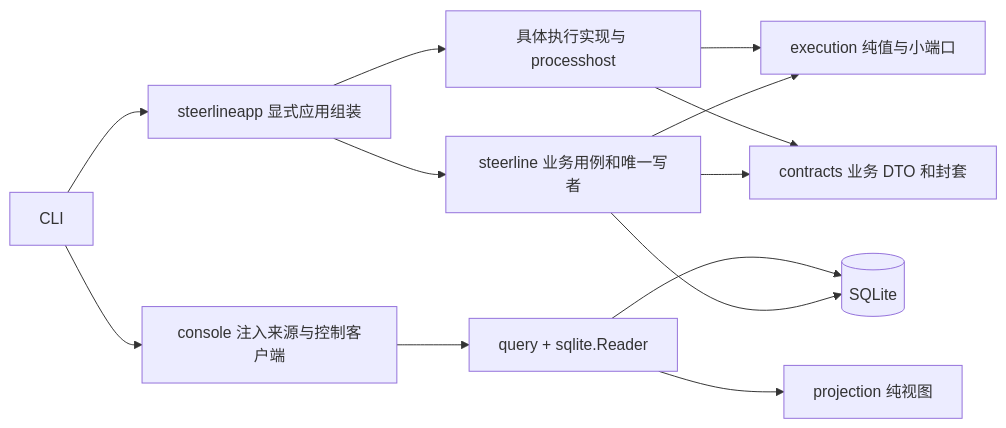
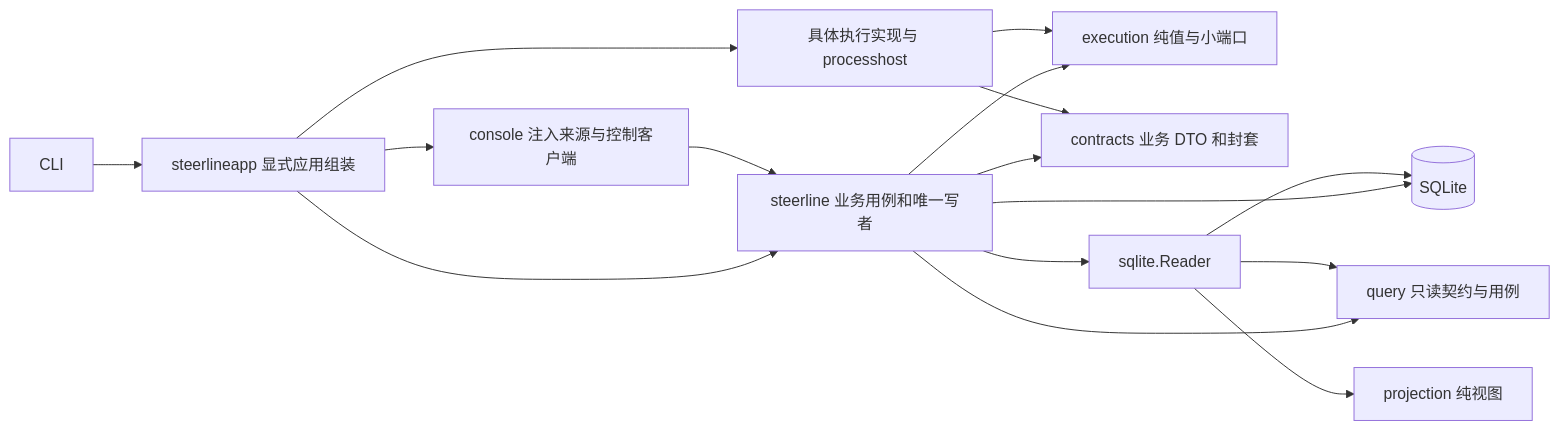
Before and after one commit to erranliu/SteerLine: the first of 2 diagrams in docs/architecture/current-code-architecture.md, drawn with Mermaid. The commit also changed other lines of this file and 3 other files, not shown here.

Commit message:
docs: correct reviewed architecture and record CM68 verification

````diff
--- a/docs/architecture/current-code-architecture.md
+++ b/docs/architecture/current-code-architecture.md
@@ -9,15 +9,18 @@
 ```mermaid
 flowchart LR
     Entry[CLI] --> App[steerlineapp 显式应用组装]
-    Entry --> UI[console 注入来源与控制客户端]
+    App --> UI[console 注入来源与控制客户端]
     App --> Core[steerline 业务用例和唯一写者]
     App --> Impl[具体执行实现与 processhost]
     Core --> Ports[execution 纯值与小端口]
     Core --> Records[contracts 业务 DTO 和封套]
     Impl --> Ports
     Impl --> Records
     Core --> DB[(SQLite)]
-    UI --> Query[query + sqlite.Reader]
-    Query --> DB
-    Query --> Projection[projection 纯视图]
+    UI --> Core
+    Core --> Query[query 只读契约与用例]
+    Core --> Reader[sqlite.Reader]
+    Reader --> Query
+    Reader --> DB
+    Reader --> Projection[projection 纯视图]
 ```
````
